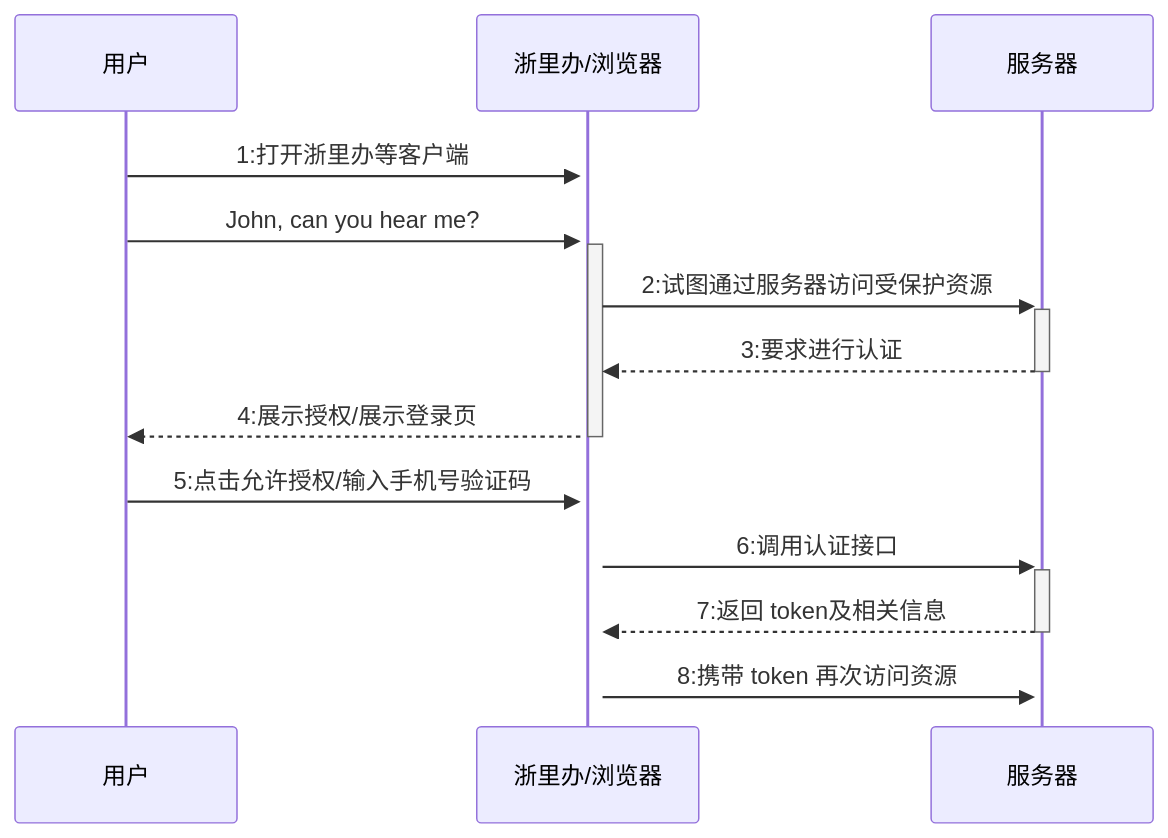
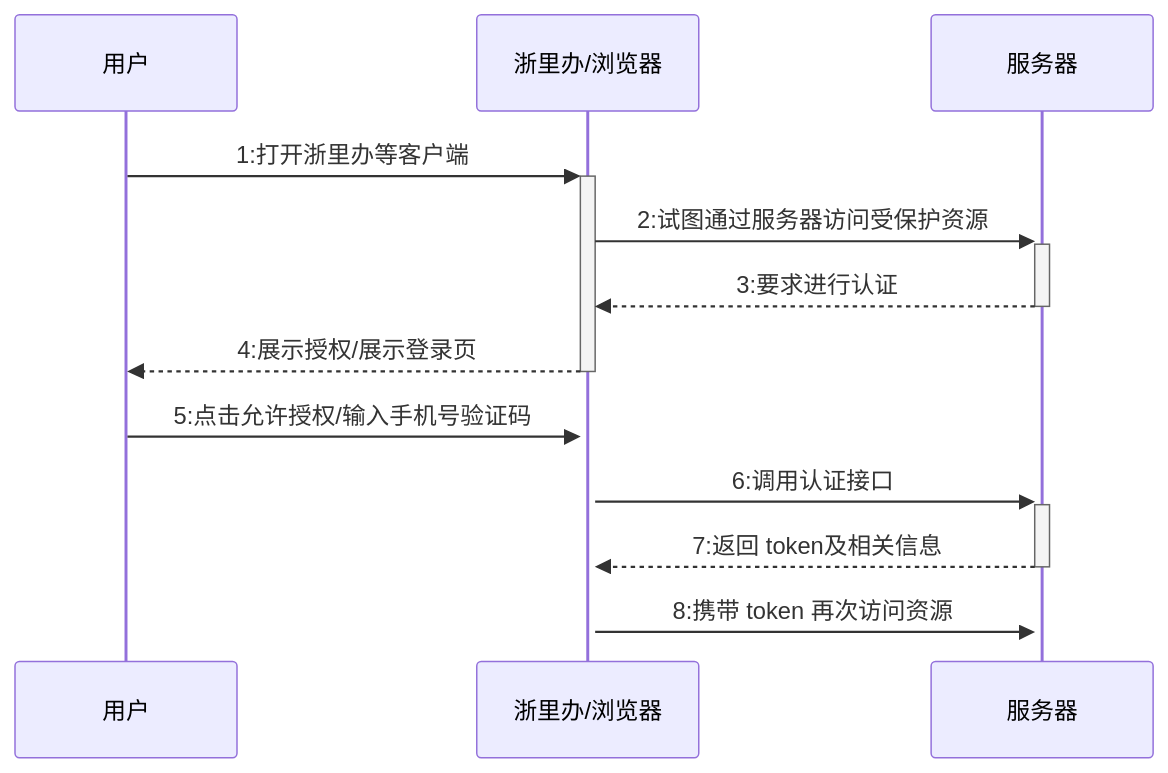
One commit to fifuntop/iodraw-files changed the diagram in all/居民端时序图.md. Above: the diagram before and after it, drawn with Mermaid.

Commit message:
2024-03-14 15:46:01 update

````diff
--- a/all/居民端时序图.md
+++ b/all/居民端时序图.md
@@ -1,12 +1,11 @@
 ```mermaid
 sequenceDiagram
     用户->>+浙里办/浏览器: 1:打开浙里办等客户端
-    用户->>+浙里办/浏览器: John, can you hear me?
     浙里办/浏览器->>+服务器: 2:试图通过服务器访问受保护资源
     服务器-->>-浙里办/浏览器: 3:要求进行认证
     浙里办/浏览器-->>-用户: 4:展示授权/展示登录页
     用户->>+浙里办/浏览器: 5:点击允许授权/输入手机号验证码
     浙里办/浏览器->>+服务器: 6:调用认证接口
     服务器-->>-浙里办/浏览器: 7:返回 token及相关信息
     浙里办/浏览器->>+服务器: 8:携带 token 再次访问资源
 ```
````
